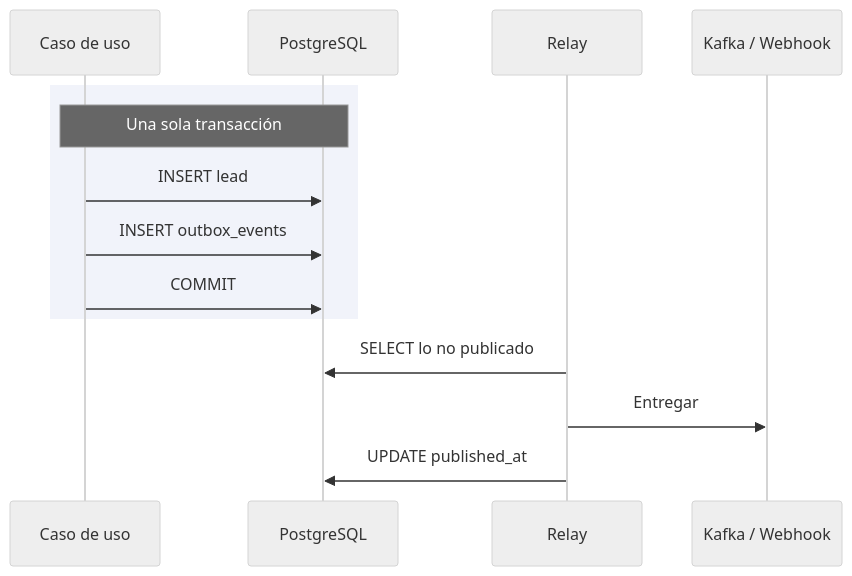
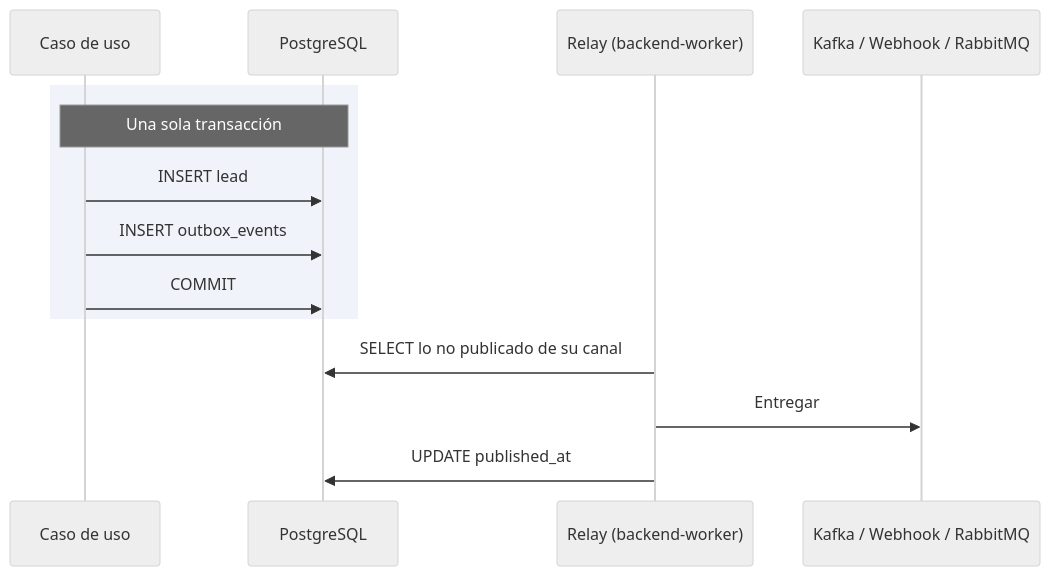
The second of 2 diagrams in docs/content/eventos/outbox.md (MDCIrony/leads-hexa), drawn with Mermaid (neutral theme) before and after one commit. The commit also changed other lines of this file and 18 other files, not shown here.

Commit message:
docs(events): document per-channel outbox, internal topics and backend-worker

````diff
--- a/docs/content/eventos/outbox.md
+++ b/docs/content/eventos/outbox.md
@@ -36,18 +35,18 @@
 ```mermaid
 sequenceDiagram
     participant UC as Caso de uso
     participant DB as PostgreSQL
-    participant R as Relay
-    participant K as Kafka / Webhook
+    participant R as Relay (backend-worker)
+    participant K as Kafka / Webhook / RabbitMQ
 
     rect rgba(63,81,181,0.07)
     note over UC,DB: Una sola transacción
     UC->>DB: INSERT lead
     UC->>DB: INSERT outbox_events
     UC->>DB: COMMIT
     end
 
-    R->>DB: SELECT lo no publicado
+    R->>DB: SELECT lo no publicado de su canal
     R->>K: Entregar
     R->>DB: UPDATE published_at
 ```
````
